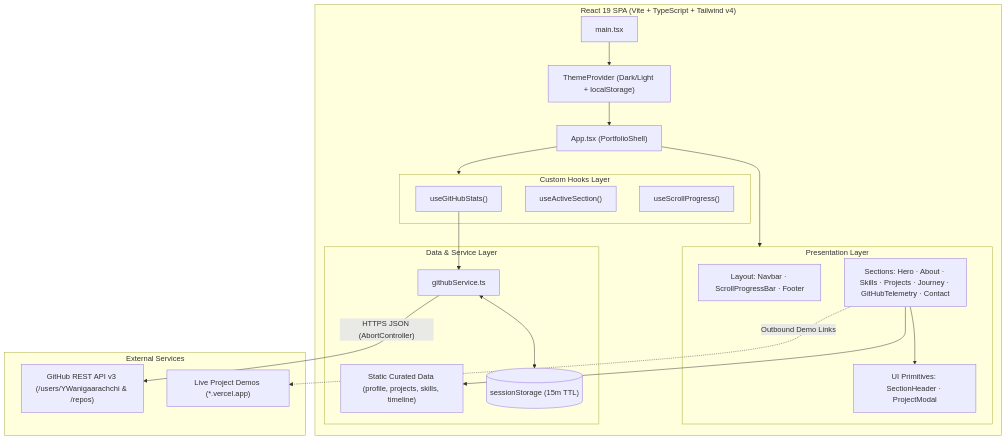
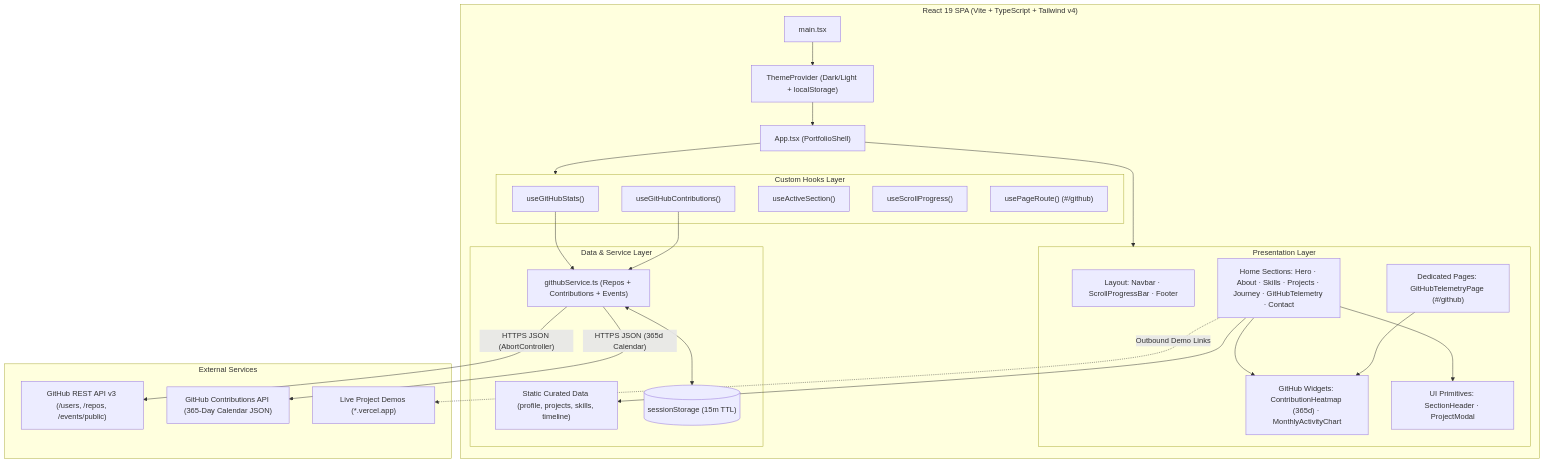
Before and after one commit to YWanigaarachchi/Yasas-Wanigaarachchi: the first of 2 diagrams in ARCHITECTURE.md, drawn with Mermaid. The commit also changed other lines of this file, not shown here.

Commit message:
feat: add App root shell, Navbar component, and GitHub telemetry section with SPA routing

````diff
--- a/ARCHITECTURE.md
+++ b/ARCHITECTURE.md
@@ -18,40 +18,49 @@
 ```mermaid
 flowchart TB
   subgraph Client["React 19 SPA (Vite + TypeScript + Tailwind v4)"]
     Entry["main.tsx"] --> Provider["ThemeProvider (Dark/Light + localStorage)"]
     Provider --> Shell["App.tsx (PortfolioShell)"]
 
     subgraph Hooks["Custom Hooks Layer"]
       H1["useGitHubStats()"]
+      H1b["useGitHubContributions()"]
       H2["useActiveSection()"]
       H3["useScrollProgress()"]
+      H4["usePageRoute() (#/github)"]
     end
 
     subgraph Presentation["Presentation Layer"]
       Layout["Layout: Navbar · ScrollProgressBar · Footer"]
-      Sections["Sections: Hero · About · Skills · Projects · Journey · GitHubTelemetry · Contact"]
+      Sections["Home Sections: Hero · About · Skills · Projects · Journey · GitHubTelemetry · Contact"]
+      Pages["Dedicated Pages: GitHubTelemetryPage (#/github)"]
+      GitHubUI["GitHub Widgets: ContributionHeatmap (365d) · MonthlyActivityChart"]
       UI["UI Primitives: SectionHeader · ProjectModal"]
     end
 
     subgraph DataLayer["Data & Service Layer"]
       Static["Static Curated Data (profile, projects, skills, timeline)"]
-      Service["githubService.ts"]
+      Service["githubService.ts (Repos + Contributions + Events)"]
       Cache[("sessionStorage (15m TTL)")]
     end
 
     Shell --> Hooks
     Shell --> Presentation
     Sections --> Static
     Sections --> UI
+    Sections --> GitHubUI
+    Pages --> GitHubUI
     H1 --> Service
+    H1b --> Service
     Service <--> Cache
   end
 
   subgraph External["External Services"]
-    GH["GitHub REST API v3 (/users/YWanigaarachchi & /repos)"]
+    GH["GitHub REST API v3 (/users, /repos, /events/public)"]
+    Contrib["GitHub Contributions API (365-Day Calendar JSON)"]
     Vercel["Live Project Demos (*.vercel.app)"]
   end
 
   Service -- "HTTPS JSON (AbortController)" --> GH
+  Service -- "HTTPS JSON (365d Calendar)" --> Contrib
   Sections -. "Outbound Demo Links" .-> Vercel
 ```
````
